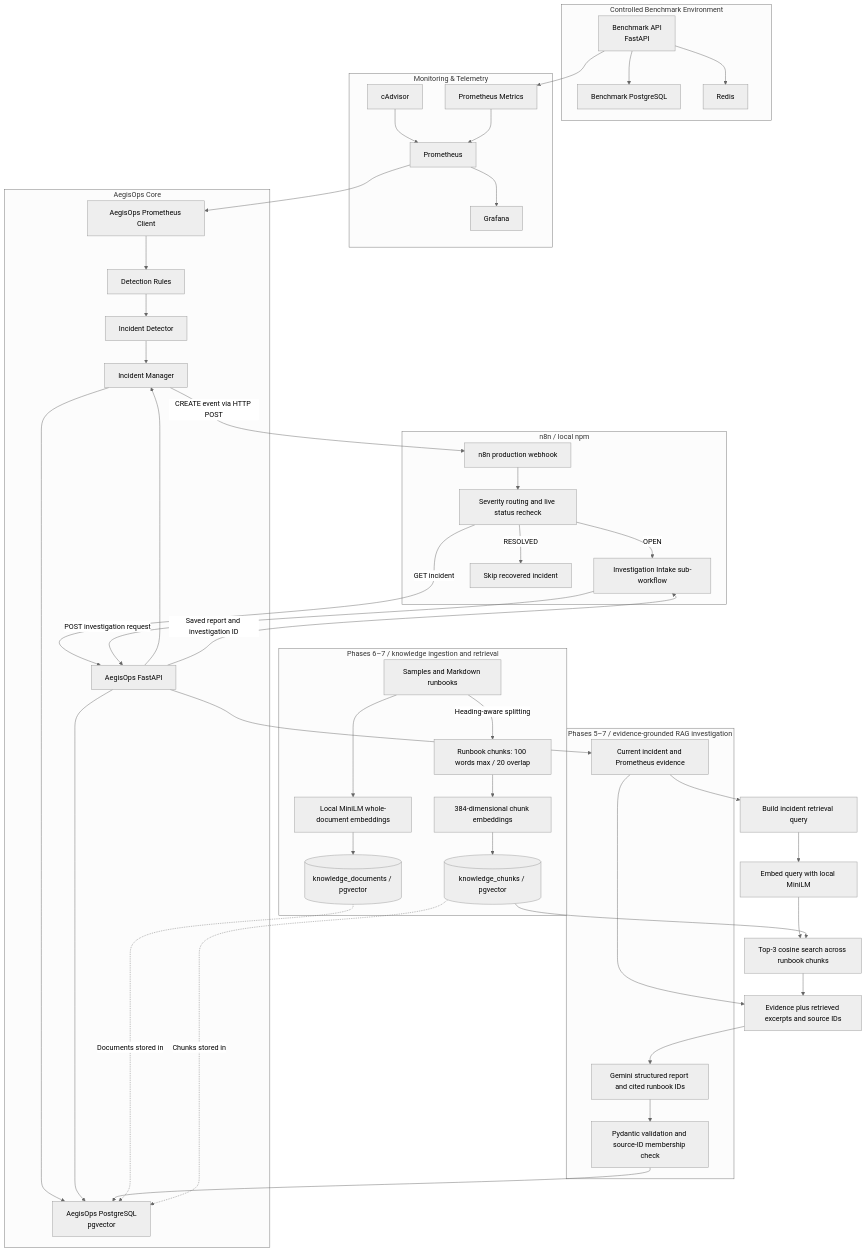
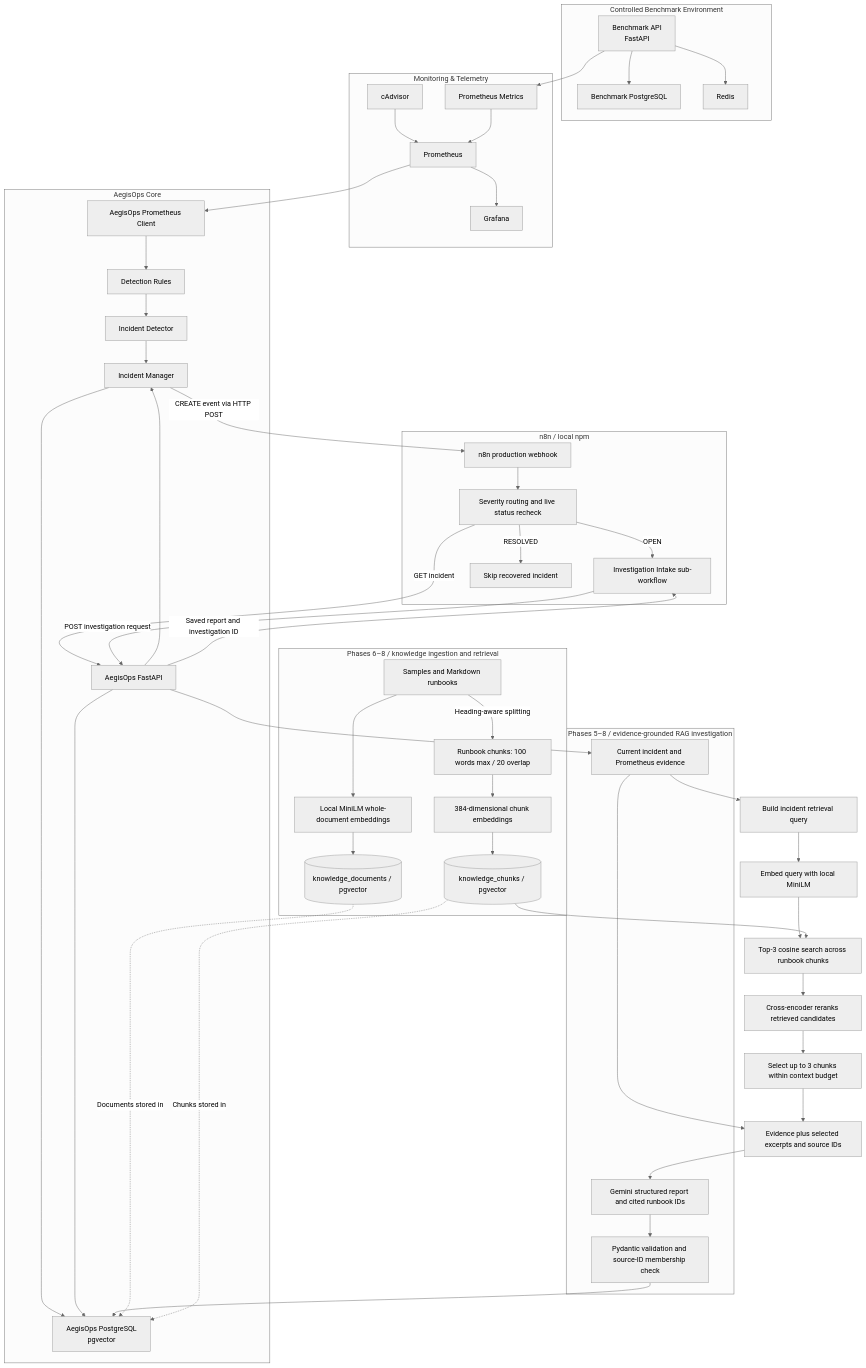
One commit to ushalabs/AegisOps changed the diagram in README.md. Above: the diagram before and after it, drawn with Mermaid (neutral theme). The commit also changed other lines of this file and 6 other files, not shown here.

```diff
--- a/README.md
+++ b/README.md
@@ -40,7 +40,9 @@
     S --> RQ[Build incident retrieval query]
     RQ --> RE[Embed query with local MiniLM]
     RE --> RS[Top-3 cosine search across runbook chunks]
-    RS --> RC[Evidence plus retrieved excerpts and source IDs]
+    RS --> RR[Cross-encoder reranks retrieved candidates]
+    RR --> RB[Select up to 3 chunks within context budget]
+    RB --> RC[Evidence plus selected excerpts and source IDs]
     S --> RC
     RC --> T[Gemini structured report and cited runbook IDs]
     T --> U[Pydantic validation and source-ID membership check]
@@ -56,7 +58,7 @@
     KC -.Chunks stored in.-> L
     KC --> RS
 
-    subgraph Knowledge["Phases 6–7 / knowledge ingestion and retrieval"]
+    subgraph Knowledge["Phases 6–8 / knowledge ingestion and retrieval"]
         V
         W
         X
@@ -85,7 +87,7 @@
         R
     end
 
-    subgraph Investigation["Phases 5–7 / evidence-grounded RAG investigation"]
+    subgraph Investigation["Phases 5–8 / evidence-grounded RAG investigation"]
         S
         T
         U
```
